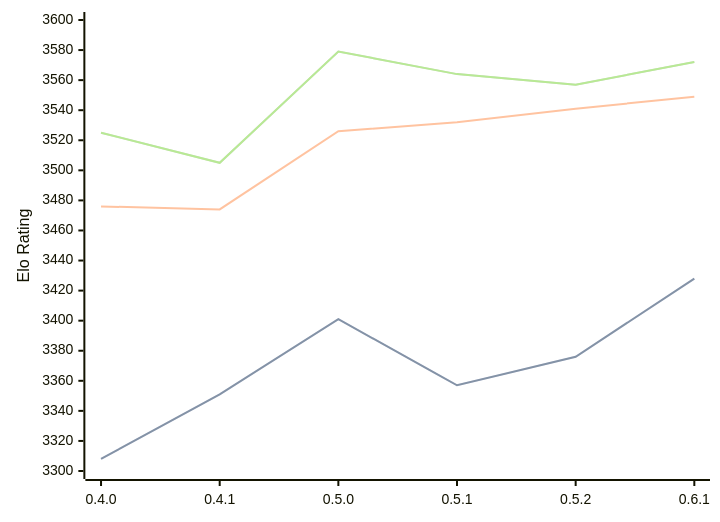
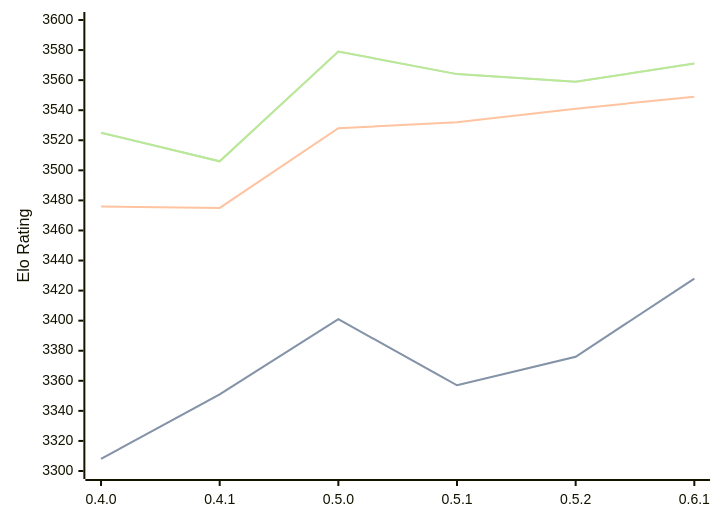
Before and after one commit to computer-chess-index/cci: the diagram in engines/Cinder.md, drawn with Mermaid. The commit also changed other lines of this file, not shown here.

Commit message:
Update CCI Ratings (ELO VLTC) - 2026-08-24

````diff
--- a/engines/Cinder.md
+++ b/engines/Cinder.md
@@ -37,11 +37,11 @@
 ```mermaid
 %%{init: {"theme":"base","themeVariables":{"seriesColors:['#a3a3a3','#222221','#faa371']}}}%%
 xychart-beta
   x-axis ["0.4.0", "0.4.1", "0.5.0", "0.5.1", "0.5.2", "0.6.1"]
   y-axis "Elo Rating" 3300 --> 3600
   line "STC (8.0+0.08s)" [3308, 3351, 3401, 3357, 3376, 3428]
   line "STC (8.0+0.08s)" [3308, 3351, 3401, 3357, 3376, 3428]
-  line "LTC (60.0+0.60s)" [3476, 3474, 3526, 3532, 3541, 3549]
-  line "VLTC (2m24s+1.12s)" [3525, 3505, 3579, 3564, 3557, 3572]
-  line "VLTC (2m24s+1.12s)" [3525, 3505, 3579, 3564, 3557, 3572]
+  line "LTC (60.0+0.60s)" [3476, 3475, 3528, 3532, 3541, 3549]
+  line "VLTC (2m24s+1.12s)" [3525, 3506, 3579, 3564, 3559, 3571]
+  line "VLTC (2m24s+1.12s)" [3525, 3506, 3579, 3564, 3559, 3571]
 ```
````
